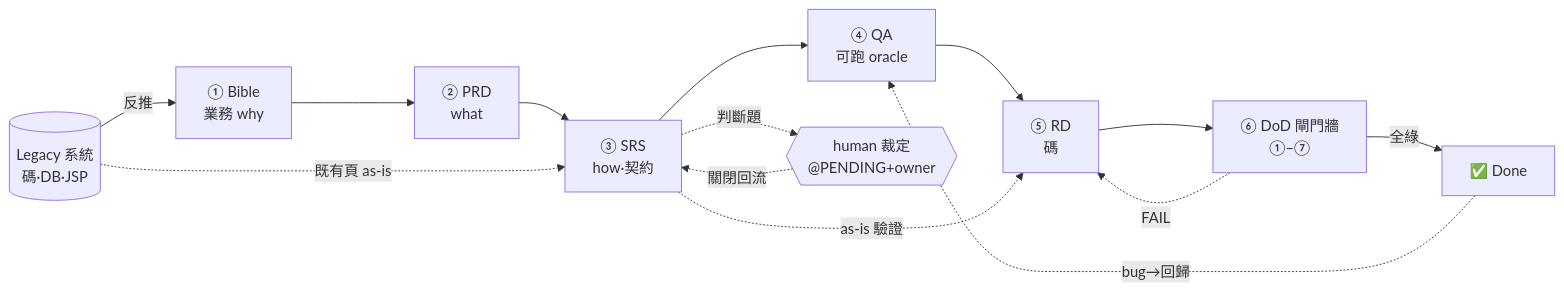
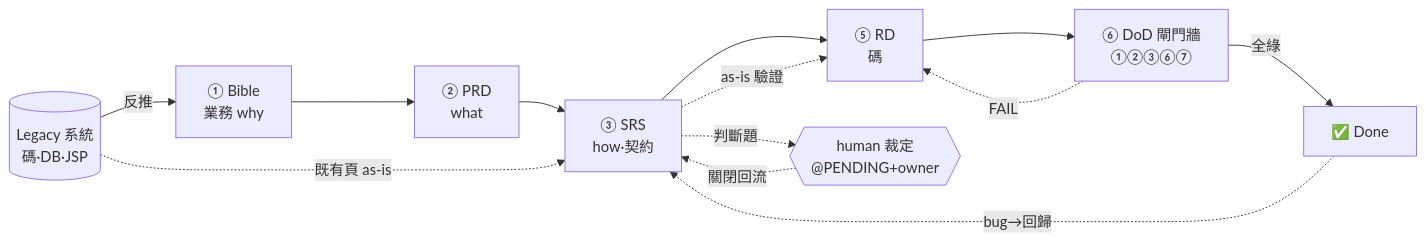
One commit to Gary-GaGa/legacy-codebase changed the diagram in docs/ai-flow-guide.md. Above: the diagram before and after it, drawn with Mermaid. The commit also changed other lines of this file and 25 other files, not shown here.

First line of the commit message:
refactor(flow): 拔除 QA 產生+驗收,流程收斂 Bible→PRD→SRS→RD→DoD

````diff
--- a/docs/ai-flow-guide.md
+++ b/docs/ai-flow-guide.md
@@ -11,16 +11,16 @@
 ```mermaid
 flowchart LR
   Legacy[("Legacy 系統<br/>碼·DB·JSP")] -->|反推| Bible["① Bible<br/>業務 why"]
   Bible --> PRD["② PRD<br/>what"]
   PRD --> SRS["③ SRS<br/>how·契約"]
   Legacy -. 既有頁 as-is .-> SRS
-  SRS --> QA["④ QA<br/>可跑 oracle"]
-  QA --> RD["⑤ RD<br/>碼"]
+  SRS --> RD["⑤ RD<br/>碼"]
+  %% ④ QA（產生/驗收）2026-06-24 暫拔除；流程收斂 SRS→RD→DoD
   SRS -. as-is 驗證 .-> RD
-  RD --> GATE["⑥ DoD 閘門牆<br/>①–⑦"]
+  RD --> GATE["⑥ DoD 閘門牆<br/>①②③⑥⑦"]
   GATE -->|全綠| Done["✅ Done"]
   GATE -. FAIL .-> RD
-  Done -. bug→回歸 .-> QA
+  Done -. bug→回歸 .-> SRS
   SRS -. 判斷題 .-> Decide{{human 裁定<br/>@PENDING+owner}}
   Decide -. 關閉回流 .-> SRS
 ```
````
